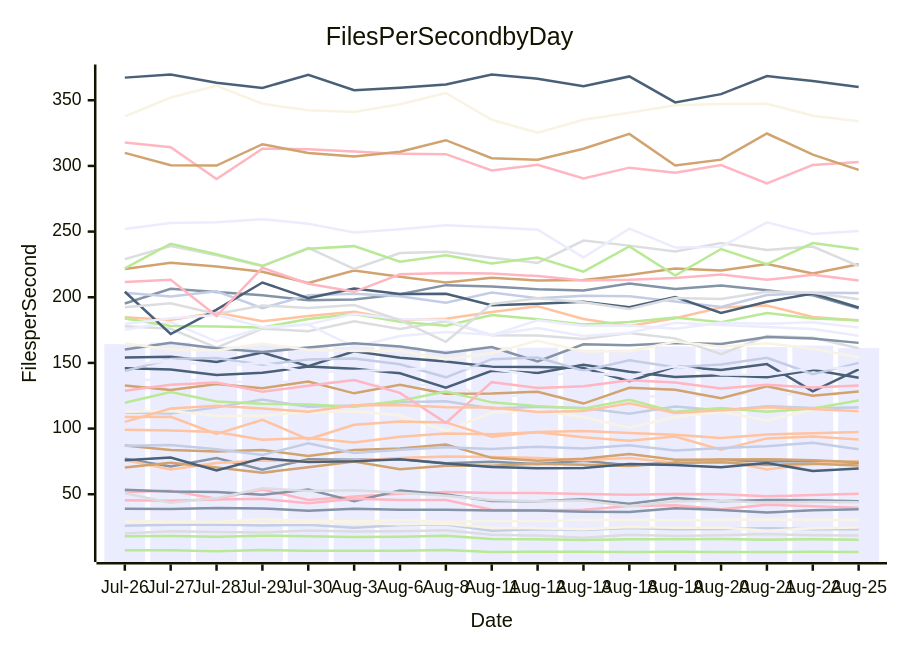
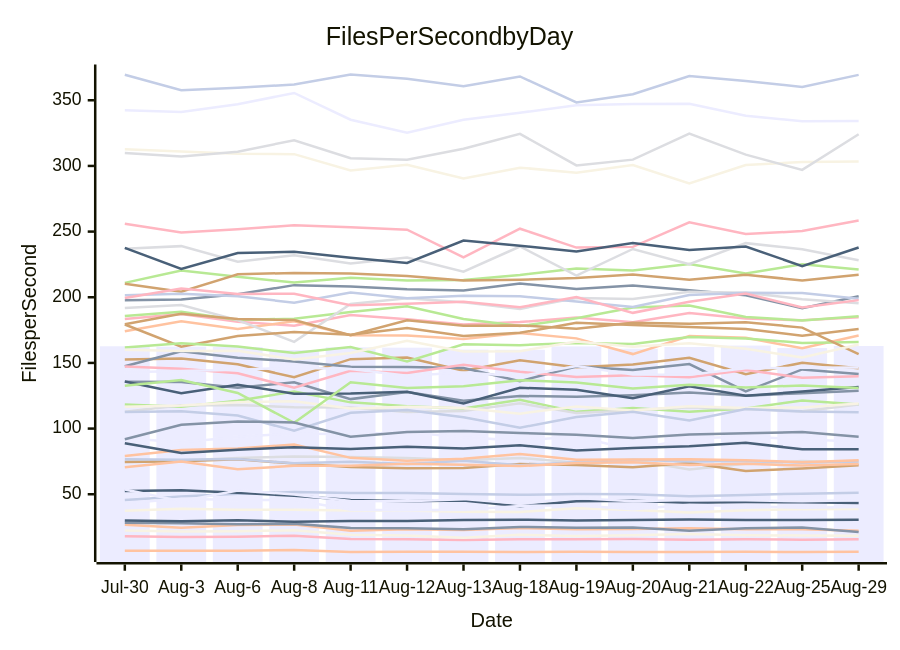
The diagram in perf-report.md (streetsidesoftware/cspell), drawn with Mermaid before and after one commit. The commit also changed other lines of this file and 1 other file, not shown here.

````diff
--- a/perf-report.md
+++ b/perf-report.md
@@ -10,57 +10,57 @@
 ```mermaid
 xychart-beta
     title Files Per Second by Day
     y-axis Files per Second
-    x-axis Date [Jul-26, Jul-27, Jul-28, Jul-29, Jul-30, Aug-3, Aug-6, Aug-8, Aug-11, Aug-12, Aug-13, Aug-18, Aug-19, Aug-20, Aug-21, Aug-22, Aug-25]
-    bar [164.32, 165.56, 162.55, 163.67, 162.66, 162.42, 162.15, 159.78, 161.87, 161.59, 160.12, 160.00, 162.54, 160.82, 162.11, 163.20, 161.31]
-    line [77.07, 71.05, 77.49, 68.74, 76.65, 76.34, 76.92, 73.53, 74.78, 72.96, 75.57, 72.13, 74.31, 76.20, 74.98, 75.32, 73.98]
-    line [76.05, 68.90, 73.77, 75.65, 74.99, 75.71, 77.66, 78.66, 78.35, 77.65, 75.86, 77.65, 74.07, 76.09, 68.93, 73.13, 75.35]
-    line [20.04, 21.91, 21.31, 20.80, 22.35, 21.72, 21.80, 22.54, 19.07, 18.54, 16.95, 19.10, 18.27, 18.74, 19.65, 18.80, 18.62]
-    line [17.96, 18.17, 17.67, 18.43, 18.02, 17.45, 17.65, 18.37, 15.99, 15.64, 15.11, 15.67, 15.78, 15.86, 15.35, 15.70, 15.41]
-    line [221.48, 226.19, 223.44, 219.34, 210.97, 220.37, 215.62, 211.22, 214.76, 212.79, 213.14, 217.00, 221.94, 220.45, 225.30, 218.11, 225.16]
-    line [26.08, 26.71, 26.98, 26.19, 26.72, 24.58, 26.54, 27.00, 22.24, 23.36, 22.81, 24.23, 23.27, 23.59, 24.08, 23.43, 23.40]
-    line [51.67, 52.73, 46.52, 53.63, 45.66, 48.27, 50.39, 51.68, 50.89, 50.88, 50.22, 49.59, 50.25, 50.03, 48.40, 49.47, 50.47]
-    line [154.10, 154.75, 150.75, 157.93, 147.43, 158.79, 154.00, 151.10, 147.11, 146.86, 146.10, 136.12, 147.29, 144.63, 149.12, 128.33, 145.05]
-    line [29.48, 29.26, 29.06, 30.88, 29.94, 29.48, 30.19, 29.03, 29.67, 29.60, 30.33, 30.62, 30.06, 30.32, 30.71, 30.33, 30.41]
-    line [135.79, 138.26, 135.57, 135.43, 135.66, 135.43, 131.19, 135.23, 122.44, 127.81, 121.17, 124.81, 124.18, 125.47, 127.40, 124.91, 126.98]
-    line [53.48, 52.00, 51.65, 49.61, 53.65, 44.73, 52.88, 49.80, 44.85, 44.73, 46.28, 42.85, 47.12, 44.69, 45.57, 45.49, 44.61]
-    line [99.07, 98.61, 97.42, 91.49, 92.79, 89.32, 93.72, 96.32, 95.66, 97.25, 93.41, 90.83, 93.92, 83.91, 92.53, 93.93, 91.70]
-    line [177.92, 175.97, 161.59, 176.09, 174.17, 181.77, 175.87, 181.75, 171.06, 170.80, 168.18, 172.80, 168.69, 156.73, 170.52, 169.10, 161.12]
-    line [7.34, 7.37, 6.62, 7.52, 6.92, 6.91, 7.06, 7.47, 6.09, 6.22, 6.12, 6.05, 6.23, 6.09, 6.02, 6.19, 6.02]
-    line [70.37, 73.91, 70.30, 66.36, 70.57, 74.92, 69.05, 71.64, 71.63, 73.23, 72.55, 71.44, 73.71, 74.27, 72.25, 73.30, 71.82]
-    line [112.16, 111.54, 116.14, 122.06, 116.65, 117.60, 120.09, 120.85, 115.35, 116.69, 115.74, 111.39, 116.78, 113.71, 117.01, 115.75, 116.08]
-    line [45.49, 45.13, 45.94, 46.54, 43.06, 46.57, 45.56, 45.66, 38.22, 37.79, 38.23, 41.09, 41.54, 38.59, 41.99, 40.85, 39.81]
-    line [75.81, 77.91, 68.05, 77.31, 74.56, 75.13, 76.66, 73.32, 70.77, 69.86, 70.01, 73.04, 72.36, 70.62, 73.83, 67.67, 69.68]
-    line [337.72, 352.09, 361.09, 347.33, 342.33, 341.03, 346.90, 355.56, 335.17, 325.27, 335.20, 340.52, 346.23, 347.14, 347.41, 338.20, 333.97]
-    line [175.22, 181.17, 166.29, 176.78, 179.24, 162.30, 170.51, 173.47, 171.46, 176.49, 170.50, 172.92, 180.52, 178.78, 177.41, 175.76, 170.70]
-    line [195.25, 206.51, 204.03, 201.53, 197.81, 198.32, 202.22, 209.23, 208.13, 206.12, 205.21, 210.46, 206.31, 208.96, 205.28, 201.48, 191.68]
-    line [184.81, 182.65, 188.37, 181.75, 185.70, 188.91, 182.68, 183.70, 188.70, 193.07, 183.50, 178.10, 183.95, 192.12, 193.67, 185.05, 182.38]
-    line [229.01, 239.01, 232.02, 223.69, 237.66, 221.63, 233.74, 234.59, 230.11, 226.13, 243.15, 239.31, 234.89, 241.23, 236.06, 238.56, 223.75]
-    line [183.80, 178.20, 177.82, 176.95, 183.37, 187.31, 181.39, 178.30, 186.48, 183.29, 179.27, 181.07, 184.49, 180.99, 187.99, 183.89, 182.41]
-    line [132.81, 129.34, 133.97, 130.74, 135.91, 126.83, 133.33, 126.61, 126.72, 128.04, 119.05, 131.02, 129.61, 123.08, 132.18, 124.93, 128.24]
-    line [203.49, 200.63, 204.54, 191.76, 201.55, 202.60, 200.71, 195.89, 203.57, 199.20, 201.23, 200.81, 196.78, 192.62, 201.64, 203.42, 203.18]
-    line [317.83, 314.26, 289.97, 313.11, 312.72, 310.96, 309.18, 308.97, 296.59, 300.81, 290.46, 298.69, 294.82, 300.68, 286.71, 300.74, 302.95]
-    line [146.01, 144.90, 140.82, 142.51, 147.27, 145.58, 142.12, 131.06, 143.98, 142.41, 148.62, 143.28, 139.37, 140.53, 139.04, 144.69, 138.65]
-    line [112.75, 113.47, 109.84, 109.80, 112.55, 113.19, 109.88, 98.38, 112.00, 114.17, 108.57, 100.66, 108.77, 112.72, 106.20, 114.85, 112.98]
-    line [251.95, 256.48, 257.08, 259.44, 255.93, 249.24, 251.79, 254.83, 253.26, 251.44, 230.32, 252.21, 237.84, 238.36, 257.03, 248.15, 250.39]
-    line [38.94, 38.82, 39.51, 39.23, 37.37, 39.03, 38.14, 38.18, 37.54, 37.60, 36.71, 36.51, 39.25, 38.04, 36.06, 37.72, 38.63]
-    line [108.84, 109.00, 95.94, 106.70, 91.83, 102.88, 105.40, 104.69, 93.74, 97.45, 98.22, 96.65, 95.35, 92.84, 95.49, 96.50, 97.40]
-    line [50.78, 43.58, 47.06, 54.57, 52.43, 53.03, 51.13, 48.90, 45.53, 44.69, 45.18, 40.85, 44.70, 45.09, 43.47, 44.07, 43.94]
-    line [119.65, 127.83, 120.71, 118.86, 118.39, 116.67, 121.26, 128.17, 119.97, 117.10, 115.21, 121.90, 112.74, 115.76, 112.80, 115.24, 121.46]
-    line [87.12, 83.64, 82.58, 83.71, 79.08, 83.62, 84.88, 87.82, 77.70, 75.58, 76.94, 80.70, 76.26, 76.41, 76.73, 75.85, 74.38]
-    line [86.90, 87.47, 84.26, 79.87, 88.81, 81.39, 83.97, 85.77, 84.48, 86.21, 84.78, 87.25, 83.34, 85.16, 86.61, 89.19, 84.30]
-    line [128.75, 133.45, 135.04, 127.98, 132.62, 137.05, 127.16, 104.34, 135.34, 130.97, 132.26, 136.82, 135.16, 130.52, 133.31, 131.34, 132.85]
-    line [204.18, 172.00, 190.59, 211.20, 199.37, 206.67, 202.54, 202.61, 193.89, 195.05, 196.60, 192.32, 200.16, 188.13, 196.57, 202.87, 192.16]
-    line [28.71, 28.53, 28.56, 28.21, 28.32, 27.98, 27.09, 27.59, 24.33, 24.19, 23.40, 25.07, 24.48, 24.64, 22.11, 24.14, 24.67]
-    line [179.58, 184.08, 186.53, 177.20, 179.37, 187.46, 183.38, 182.66, 171.17, 182.41, 178.32, 178.57, 176.08, 180.57, 179.89, 180.99, 176.89]
-    line [160.14, 165.42, 161.19, 158.31, 161.70, 164.91, 162.58, 157.48, 162.05, 151.08, 164.19, 163.52, 165.17, 164.35, 169.78, 168.65, 165.26]
-    line [105.10, 115.28, 117.30, 115.27, 112.83, 117.78, 117.94, 116.33, 116.04, 112.64, 113.43, 119.19, 111.93, 114.00, 116.17, 114.97, 113.11]
-    line [192.42, 195.47, 187.19, 193.79, 191.90, 194.07, 182.58, 166.07, 194.86, 199.17, 196.17, 191.14, 199.41, 198.71, 204.15, 203.44, 198.55]
-    line [222.04, 240.74, 232.71, 223.95, 236.98, 238.93, 227.08, 231.94, 225.75, 230.29, 219.53, 238.65, 216.52, 236.75, 225.24, 241.21, 236.60]
-    line [309.97, 300.54, 300.28, 316.56, 309.78, 307.09, 310.74, 319.60, 305.87, 304.71, 313.08, 324.40, 300.37, 304.78, 324.68, 308.60, 296.98]
-    line [143.79, 152.94, 153.75, 148.60, 152.63, 153.39, 148.93, 139.04, 152.86, 154.13, 144.07, 152.10, 146.68, 148.87, 153.90, 141.45, 150.06]
-    line [211.67, 213.25, 185.65, 222.45, 210.28, 204.15, 217.44, 218.55, 218.05, 216.13, 212.80, 213.27, 214.61, 217.28, 213.25, 217.17, 212.77]
-    line [367.24, 369.57, 363.41, 359.37, 369.40, 357.63, 359.56, 362.02, 369.62, 366.45, 360.63, 368.14, 348.34, 354.65, 368.47, 364.63, 360.14]
-    line [164.94, 160.13, 159.49, 164.72, 159.99, 159.02, 159.32, 152.64, 157.58, 166.90, 158.63, 158.95, 166.31, 162.23, 164.91, 160.87, 154.07]
-    line [147.77, 151.94, 147.31, 150.10, 142.92, 143.82, 144.85, 146.35, 145.37, 140.27, 142.62, 139.83, 147.55, 141.21, 140.96, 145.89, 146.30]
+    x-axis Date [Jul-30, Aug-3, Aug-6, Aug-8, Aug-11, Aug-12, Aug-13, Aug-18, Aug-19, Aug-20, Aug-21, Aug-22, Aug-25, Aug-29]
+    bar [162.66, 162.42, 162.15, 159.78, 161.87, 161.59, 160.12, 160.00, 162.54, 160.82, 162.11, 163.20, 161.31, 162.91]
+    line [135.66, 135.43, 131.19, 135.23, 122.44, 127.81, 121.17, 124.81, 124.18, 125.47, 127.40, 124.91, 126.98, 128.83]
+    line [26.72, 24.58, 26.54, 27.00, 22.24, 23.36, 22.81, 24.23, 23.27, 23.59, 24.08, 23.43, 23.40, 22.23]
+    line [74.99, 75.71, 77.66, 78.66, 78.35, 77.65, 75.86, 77.65, 74.07, 76.09, 68.93, 73.13, 75.35, 74.03]
+    line [118.39, 116.67, 121.26, 128.17, 119.97, 117.10, 115.21, 121.90, 112.74, 115.76, 112.80, 115.24, 121.46, 118.37]
+    line [74.56, 75.13, 76.66, 73.32, 70.77, 69.86, 70.01, 73.04, 72.36, 70.62, 73.83, 67.67, 69.68, 72.12]
+    line [76.65, 76.34, 76.92, 73.53, 74.78, 72.96, 75.57, 72.13, 74.31, 76.20, 74.98, 75.32, 73.98, 74.92]
+    line [18.02, 17.45, 17.65, 18.37, 15.99, 15.64, 15.11, 15.67, 15.78, 15.86, 15.35, 15.70, 15.41, 15.75]
+    line [135.91, 126.83, 133.33, 126.61, 126.72, 128.04, 119.05, 131.02, 129.61, 123.08, 132.18, 124.93, 128.24, 131.60]
+    line [37.37, 39.03, 38.14, 38.18, 37.54, 37.60, 36.71, 36.51, 39.25, 38.04, 36.06, 37.72, 38.63, 38.79]
+    line [92.79, 89.32, 93.72, 96.32, 95.66, 97.25, 93.41, 90.83, 93.92, 83.91, 92.53, 93.93, 91.70, 90.17]
+    line [197.81, 198.32, 202.22, 209.23, 208.13, 206.12, 205.21, 210.46, 206.31, 208.96, 205.28, 201.48, 191.68, 200.76]
+    line [70.57, 74.92, 69.05, 71.64, 71.63, 73.23, 72.55, 71.44, 73.71, 74.27, 72.25, 73.30, 71.82, 72.99]
+    line [112.83, 117.78, 117.94, 116.33, 116.04, 112.64, 113.43, 119.19, 111.93, 114.00, 116.17, 114.97, 113.11, 118.41]
+    line [210.97, 220.37, 215.62, 211.22, 214.76, 212.79, 213.14, 217.00, 221.94, 220.45, 225.30, 218.11, 225.16, 221.13]
+    line [210.28, 204.15, 217.44, 218.55, 218.05, 216.13, 212.80, 213.27, 214.61, 217.28, 213.25, 217.17, 212.77, 217.16]
+    line [45.66, 48.27, 50.39, 51.68, 50.89, 50.88, 50.22, 49.59, 50.25, 50.03, 48.40, 49.47, 50.47, 51.15]
+    line [183.37, 187.31, 181.39, 178.30, 186.48, 183.29, 179.27, 181.07, 184.49, 180.99, 187.99, 183.89, 182.41, 184.77]
+    line [52.43, 53.03, 51.13, 48.90, 45.53, 44.69, 45.18, 40.85, 44.70, 45.09, 43.47, 44.07, 43.94, 43.35]
+    line [116.65, 117.60, 120.09, 120.85, 115.35, 116.69, 115.74, 111.39, 116.78, 113.71, 117.01, 115.75, 116.08, 119.18]
+    line [53.65, 44.73, 52.88, 49.80, 44.85, 44.73, 46.28, 42.85, 47.12, 44.69, 45.57, 45.49, 44.61, 45.50]
+    line [28.32, 27.98, 27.09, 27.59, 24.33, 24.19, 23.40, 25.07, 24.48, 24.64, 22.11, 24.14, 24.67, 21.16]
+    line [174.17, 181.77, 175.87, 181.75, 171.06, 170.80, 168.18, 172.80, 168.69, 156.73, 170.52, 169.10, 161.12, 170.94]
+    line [236.98, 238.93, 227.08, 231.94, 225.75, 230.29, 219.53, 238.65, 216.52, 236.75, 225.24, 241.21, 236.60, 228.23]
+    line [185.70, 188.91, 182.68, 183.70, 188.70, 193.07, 183.50, 178.10, 183.95, 192.12, 193.67, 185.05, 182.38, 185.55]
+    line [152.63, 153.39, 148.93, 139.04, 152.86, 154.13, 144.07, 152.10, 146.68, 148.87, 153.90, 141.45, 150.06, 146.03]
+    line [112.55, 113.19, 109.88, 98.38, 112.00, 114.17, 108.57, 100.66, 108.77, 112.72, 106.20, 114.85, 112.98, 112.47]
+    line [255.93, 249.24, 251.79, 254.83, 253.26, 251.44, 230.32, 252.21, 237.84, 238.36, 257.03, 248.15, 250.39, 258.39]
+    line [29.94, 29.48, 30.19, 29.03, 29.67, 29.60, 30.33, 30.62, 30.06, 30.32, 30.71, 30.33, 30.41, 30.59]
+    line [22.35, 21.72, 21.80, 22.54, 19.07, 18.54, 16.95, 19.10, 18.27, 18.74, 19.65, 18.80, 18.62, 18.45]
+    line [43.06, 46.57, 45.56, 45.66, 38.22, 37.79, 38.23, 41.09, 41.54, 38.59, 41.99, 40.85, 39.81, 40.28]
+    line [147.43, 158.79, 154.00, 151.10, 147.11, 146.86, 146.10, 136.12, 147.29, 144.63, 149.12, 128.33, 145.05, 141.62]
+    line [79.08, 83.62, 84.88, 87.82, 77.70, 75.58, 76.94, 80.70, 76.26, 76.41, 76.73, 75.85, 74.38, 75.85]
+    line [191.90, 194.07, 182.58, 166.07, 194.86, 199.17, 196.17, 191.14, 199.41, 198.71, 204.15, 203.44, 198.55, 195.50]
+    line [132.62, 137.05, 127.16, 104.34, 135.34, 130.97, 132.26, 136.82, 135.16, 130.52, 133.31, 131.34, 132.85, 130.95]
+    line [179.24, 162.30, 170.51, 173.47, 171.46, 176.49, 170.50, 172.92, 180.52, 178.78, 177.41, 175.76, 170.70, 175.74]
+    line [201.55, 202.60, 200.71, 195.89, 203.57, 199.20, 201.23, 200.81, 196.78, 192.62, 201.64, 203.42, 203.18, 198.91]
+    line [199.37, 206.67, 202.54, 202.61, 193.89, 195.05, 196.60, 192.32, 200.16, 188.13, 196.57, 202.87, 192.16, 197.82]
+    line [237.66, 221.63, 233.74, 234.59, 230.11, 226.13, 243.15, 239.31, 234.89, 241.23, 236.06, 238.56, 223.75, 237.91]
+    line [312.72, 310.96, 309.18, 308.97, 296.59, 300.81, 290.46, 298.69, 294.82, 300.68, 286.71, 300.74, 302.95, 303.29]
+    line [342.33, 341.03, 346.90, 355.56, 335.17, 325.27, 335.20, 340.52, 346.23, 347.14, 347.41, 338.20, 333.97, 334.12]
+    line [91.83, 102.88, 105.40, 104.69, 93.74, 97.45, 98.22, 96.65, 95.35, 92.84, 95.49, 96.50, 97.40, 93.72]
+    line [6.92, 6.91, 7.06, 7.47, 6.09, 6.22, 6.12, 6.05, 6.23, 6.09, 6.02, 6.19, 6.02, 6.20]
+    line [309.78, 307.09, 310.74, 319.60, 305.87, 304.71, 313.08, 324.40, 300.37, 304.78, 324.68, 308.60, 296.98, 324.16]
+    line [161.70, 164.91, 162.58, 157.48, 162.05, 151.08, 164.19, 163.52, 165.17, 164.35, 169.78, 168.65, 165.26, 166.00]
+    line [179.37, 187.46, 183.38, 182.66, 171.17, 182.41, 178.32, 178.57, 176.08, 180.57, 179.89, 180.99, 176.89, 156.76]
+    line [369.40, 357.63, 359.56, 362.02, 369.62, 366.45, 360.63, 368.14, 348.34, 354.65, 368.47, 364.63, 360.14, 369.32]
+    line [147.27, 145.58, 142.12, 131.06, 143.98, 142.41, 148.62, 143.28, 139.37, 140.53, 139.04, 144.69, 138.65, 139.89]
+    line [88.81, 81.39, 83.97, 85.77, 84.48, 86.21, 84.78, 87.25, 83.34, 85.16, 86.61, 89.19, 84.30, 84.25]
+    line [159.99, 159.02, 159.32, 152.64, 157.58, 166.90, 158.63, 158.95, 166.31, 162.23, 164.91, 160.87, 154.07, 164.02]
+    line [142.92, 143.82, 144.85, 146.35, 145.37, 140.27, 142.62, 139.83, 147.55, 141.21, 140.96, 145.89, 146.30, 146.55]
 ```
````
